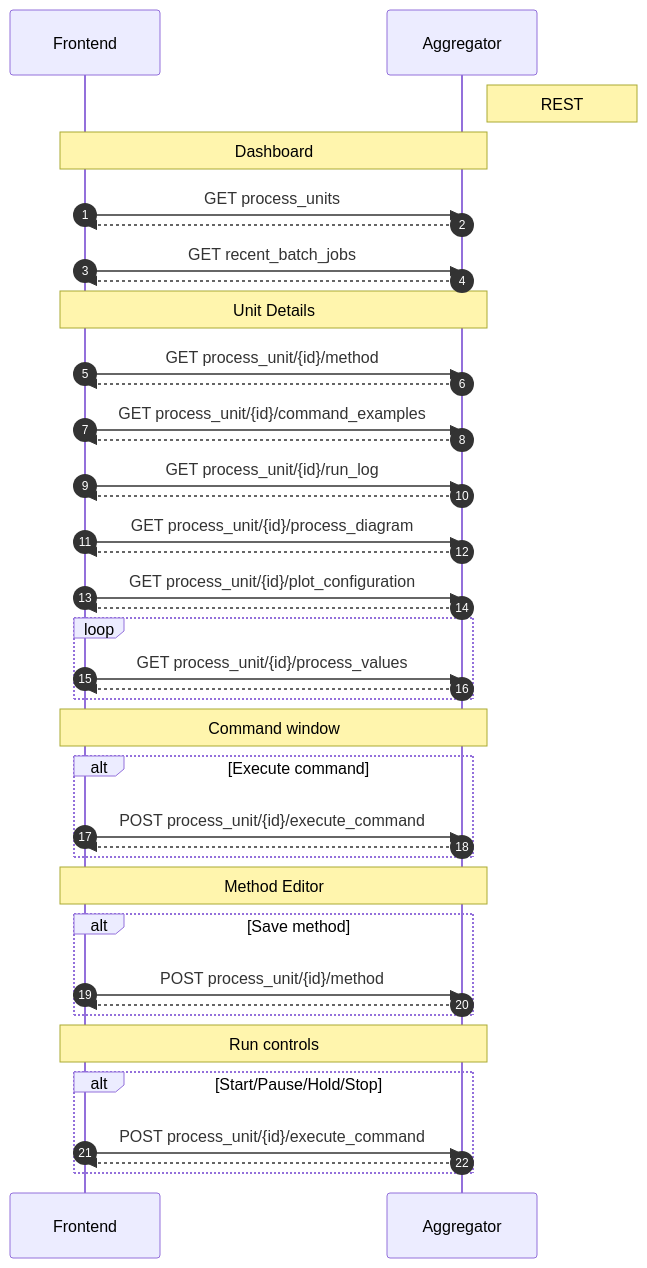
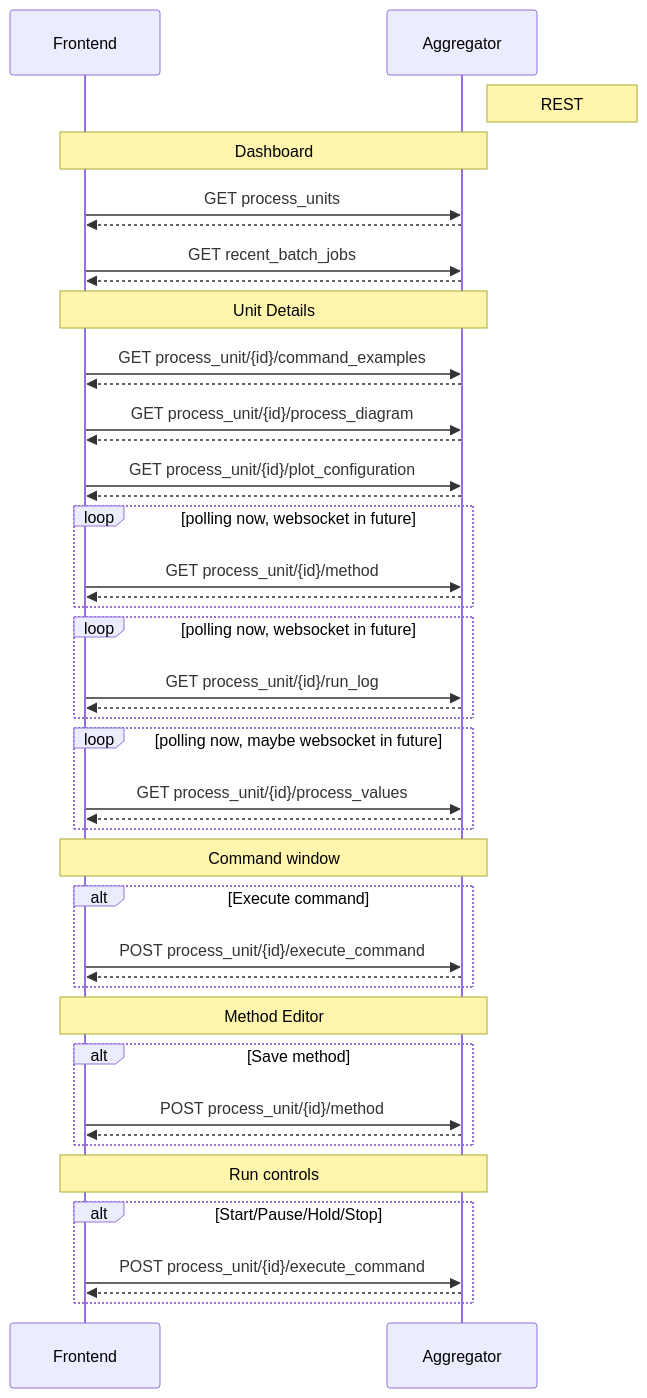
One commit to Open-Pectus/Open-Pectus changed the first of 2 diagrams in DEVELOPMENT.md. Above: the diagram before and after it, drawn with Mermaid. The commit also changed other lines of this file and 1 other file, not shown here.

````diff
--- a/DEVELOPMENT.md
+++ b/DEVELOPMENT.md
@@ -283,50 +271,53 @@
 ```mermaid
 sequenceDiagram
-autonumber
     participant F as Frontend    
     participant A as Aggregator
 
     Note right of A: REST
 
     Note over F, A: Dashboard    
     F ->> A: GET process_units
     A -->> F: 
     F ->> A: GET recent_batch_jobs
     A -->> F: 
 
     Note over F, A: Unit Details
 
-    F ->> A: GET process_unit/{id}/method
-    A -->> F: 
     F ->> A: GET process_unit/{id}/command_examples
-    A -->> F: 
-    F ->> A: GET process_unit/{id}/run_log
     A -->> F: 
     F ->> A: GET process_unit/{id}/process_diagram
     A -->> F: 
     F ->> A: GET process_unit/{id}/plot_configuration
     A -->> F: 
 
-    loop
+    loop polling now, websocket in future
+    F ->> A: GET process_unit/{id}/method
+    A -->> F: 
+    end
+    loop polling now, websocket in future
+    F ->> A: GET process_unit/{id}/run_log
+    A -->> F: 
+    end
+    loop polling now, maybe websocket in future
     F ->> A: GET process_unit/{id}/process_values
     A -->> F: 
     end
 
     Note over F, A: Command window
     alt Execute command
     F ->> A: POST process_unit/{id}/execute_command
     A -->> F: 
     end
 
     Note over F, A: Method Editor
     alt Save method
     F ->> A: POST process_unit/{id}/method
     A -->> F: 
     end
     
     Note over F, A: Run controls    
     alt Start/Pause/Hold/Stop
     F ->> A: POST process_unit/{id}/execute_command
     A -->> F: 
     end
 ```
````
